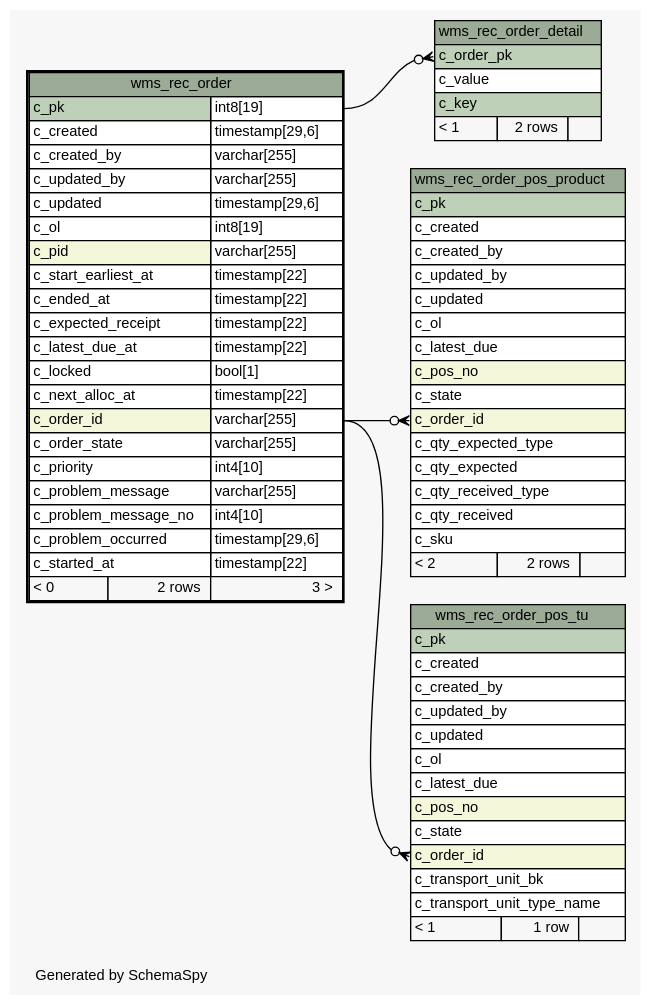
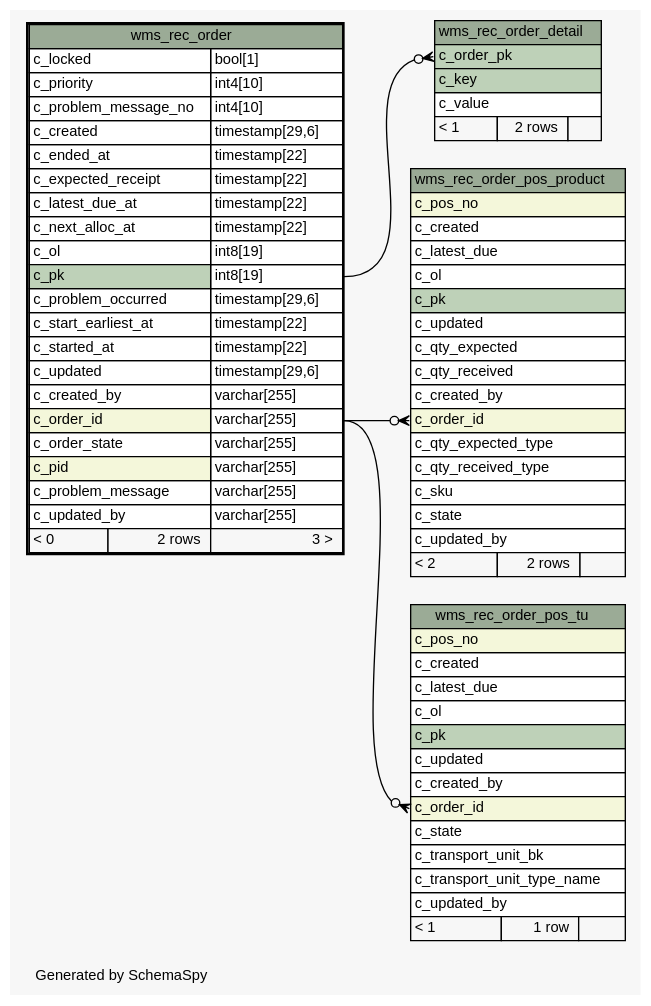
One commit to openwms/org.openwms.wms.receiving.lib changed the diagram in 1.0.0-SNAPSHOT/schemaspy/diagrams/wms_rec_order.1degree.dot. Above: the diagram before and after it, drawn with Graphviz. The commit also changed 508 other files, not shown here.

```diff
--- a/1.0.0-SNAPSHOT/schemaspy/diagrams/wms_rec_order.1degree.dot
+++ b/1.0.0-SNAPSHOT/schemaspy/diagrams/wms_rec_order.1degree.dot
@@ -1,111 +1,111 @@
-// dot 2.43.0 on Linux 6.2.0-1016-azure
+// dot 2.43.0 on Linux 6.5.0-1022-azure
 // SchemaSpy rev Unknown
 digraph "oneDegreeRelationshipsDiagram" {
   graph [
     rankdir="RL"
     bgcolor="#f7f7f7"
     label="\nGenerated by SchemaSpy"
     labeljust="l"
     nodesep="0.18"
     ranksep="0.46"
     fontname="Helvetica"
     fontsize="11"
   ];
   node [
     fontname="Helvetica"
     fontsize="11"
     shape="plaintext"
   ];
   edge [
     arrowsize="0.8"
   ];
   "wms_rec_order_detail":"c_order_pk":w -> "wms_rec_order":"c_pk.type":e [arrowhead=none dir=back arrowtail=crowodot];
   "wms_rec_order_pos_product":"c_order_id":w -> "wms_rec_order":"c_order_id.type":e [arrowhead=none dir=back arrowtail=crowodot];
   "wms_rec_order_pos_tu":"c_order_id":w -> "wms_rec_order":"c_order_id.type":e [arrowhead=none dir=back arrowtail=crowodot];
   "wms_rec_order" [
     label=<
     <TABLE BORDER="2" CELLBORDER="1" CELLSPACING="0" BGCOLOR="#ffffff">
       <TR><TD COLSPAN="3" BGCOLOR="#9bab96" ALIGN="CENTER">wms_rec_order</TD></TR>
-      <TR><TD PORT="c_pk" COLSPAN="2" BGCOLOR="#bed1b8" ALIGN="LEFT">c_pk</TD><TD PORT="c_pk.type" ALIGN="LEFT">int8[19]</TD></TR>
+      <TR><TD PORT="c_locked" COLSPAN="2" ALIGN="LEFT">c_locked</TD><TD PORT="c_locked.type" ALIGN="LEFT">bool[1]</TD></TR>
+      <TR><TD PORT="c_priority" COLSPAN="2" ALIGN="LEFT">c_priority</TD><TD PORT="c_priority.type" ALIGN="LEFT">int4[10]</TD></TR>
+      <TR><TD PORT="c_problem_message_no" COLSPAN="2" ALIGN="LEFT">c_problem_message_no</TD><TD PORT="c_problem_message_no.type" ALIGN="LEFT">int4[10]</TD></TR>
       <TR><TD PORT="c_created" COLSPAN="2" ALIGN="LEFT">c_created</TD><TD PORT="c_created.type" ALIGN="LEFT">timestamp[29,6]</TD></TR>
-      <TR><TD PORT="c_created_by" COLSPAN="2" ALIGN="LEFT">c_created_by</TD><TD PORT="c_created_by.type" ALIGN="LEFT">varchar[255]</TD></TR>
-      <TR><TD PORT="c_updated_by" COLSPAN="2" ALIGN="LEFT">c_updated_by</TD><TD PORT="c_updated_by.type" ALIGN="LEFT">varchar[255]</TD></TR>
-      <TR><TD PORT="c_updated" COLSPAN="2" ALIGN="LEFT">c_updated</TD><TD PORT="c_updated.type" ALIGN="LEFT">timestamp[29,6]</TD></TR>
-      <TR><TD PORT="c_ol" COLSPAN="2" ALIGN="LEFT">c_ol</TD><TD PORT="c_ol.type" ALIGN="LEFT">int8[19]</TD></TR>
-      <TR><TD PORT="c_pid" COLSPAN="2" BGCOLOR="#f4f7da" ALIGN="LEFT">c_pid</TD><TD PORT="c_pid.type" ALIGN="LEFT">varchar[255]</TD></TR>
-      <TR><TD PORT="c_start_earliest_at" COLSPAN="2" ALIGN="LEFT">c_start_earliest_at</TD><TD PORT="c_start_earliest_at.type" ALIGN="LEFT">timestamp[22]</TD></TR>
       <TR><TD PORT="c_ended_at" COLSPAN="2" ALIGN="LEFT">c_ended_at</TD><TD PORT="c_ended_at.type" ALIGN="LEFT">timestamp[22]</TD></TR>
       <TR><TD PORT="c_expected_receipt" COLSPAN="2" ALIGN="LEFT">c_expected_receipt</TD><TD PORT="c_expected_receipt.type" ALIGN="LEFT">timestamp[22]</TD></TR>
       <TR><TD PORT="c_latest_due_at" COLSPAN="2" ALIGN="LEFT">c_latest_due_at</TD><TD PORT="c_latest_due_at.type" ALIGN="LEFT">timestamp[22]</TD></TR>
-      <TR><TD PORT="c_locked" COLSPAN="2" ALIGN="LEFT">c_locked</TD><TD PORT="c_locked.type" ALIGN="LEFT">bool[1]</TD></TR>
       <TR><TD PORT="c_next_alloc_at" COLSPAN="2" ALIGN="LEFT">c_next_alloc_at</TD><TD PORT="c_next_alloc_at.type" ALIGN="LEFT">timestamp[22]</TD></TR>
+      <TR><TD PORT="c_ol" COLSPAN="2" ALIGN="LEFT">c_ol</TD><TD PORT="c_ol.type" ALIGN="LEFT">int8[19]</TD></TR>
+      <TR><TD PORT="c_pk" COLSPAN="2" BGCOLOR="#bed1b8" ALIGN="LEFT">c_pk</TD><TD PORT="c_pk.type" ALIGN="LEFT">int8[19]</TD></TR>
+      <TR><TD PORT="c_problem_occurred" COLSPAN="2" ALIGN="LEFT">c_problem_occurred</TD><TD PORT="c_problem_occurred.type" ALIGN="LEFT">timestamp[29,6]</TD></TR>
+      <TR><TD PORT="c_start_earliest_at" COLSPAN="2" ALIGN="LEFT">c_start_earliest_at</TD><TD PORT="c_start_earliest_at.type" ALIGN="LEFT">timestamp[22]</TD></TR>
+      <TR><TD PORT="c_started_at" COLSPAN="2" ALIGN="LEFT">c_started_at</TD><TD PORT="c_started_at.type" ALIGN="LEFT">timestamp[22]</TD></TR>
+      <TR><TD PORT="c_updated" COLSPAN="2" ALIGN="LEFT">c_updated</TD><TD PORT="c_updated.type" ALIGN="LEFT">timestamp[29,6]</TD></TR>
+      <TR><TD PORT="c_created_by" COLSPAN="2" ALIGN="LEFT">c_created_by</TD><TD PORT="c_created_by.type" ALIGN="LEFT">varchar[255]</TD></TR>
       <TR><TD PORT="c_order_id" COLSPAN="2" BGCOLOR="#f4f7da" ALIGN="LEFT">c_order_id</TD><TD PORT="c_order_id.type" ALIGN="LEFT">varchar[255]</TD></TR>
       <TR><TD PORT="c_order_state" COLSPAN="2" ALIGN="LEFT">c_order_state</TD><TD PORT="c_order_state.type" ALIGN="LEFT">varchar[255]</TD></TR>
-      <TR><TD PORT="c_priority" COLSPAN="2" ALIGN="LEFT">c_priority</TD><TD PORT="c_priority.type" ALIGN="LEFT">int4[10]</TD></TR>
+      <TR><TD PORT="c_pid" COLSPAN="2" BGCOLOR="#f4f7da" ALIGN="LEFT">c_pid</TD><TD PORT="c_pid.type" ALIGN="LEFT">varchar[255]</TD></TR>
       <TR><TD PORT="c_problem_message" COLSPAN="2" ALIGN="LEFT">c_problem_message</TD><TD PORT="c_problem_message.type" ALIGN="LEFT">varchar[255]</TD></TR>
-      <TR><TD PORT="c_problem_message_no" COLSPAN="2" ALIGN="LEFT">c_problem_message_no</TD><TD PORT="c_problem_message_no.type" ALIGN="LEFT">int4[10]</TD></TR>
-      <TR><TD PORT="c_problem_occurred" COLSPAN="2" ALIGN="LEFT">c_problem_occurred</TD><TD PORT="c_problem_occurred.type" ALIGN="LEFT">timestamp[29,6]</TD></TR>
-      <TR><TD PORT="c_started_at" COLSPAN="2" ALIGN="LEFT">c_started_at</TD><TD PORT="c_started_at.type" ALIGN="LEFT">timestamp[22]</TD></TR>
+      <TR><TD PORT="c_updated_by" COLSPAN="2" ALIGN="LEFT">c_updated_by</TD><TD PORT="c_updated_by.type" ALIGN="LEFT">varchar[255]</TD></TR>
       <TR><TD ALIGN="LEFT" BGCOLOR="#f7f7f7">&lt; 0</TD><TD ALIGN="RIGHT" BGCOLOR="#f7f7f7">2 rows</TD><TD ALIGN="RIGHT" BGCOLOR="#f7f7f7">3 &gt;</TD></TR>
     </TABLE>>
     URL="wms_rec_order.html"
     tooltip="wms_rec_order"
   ];
   "wms_rec_order_detail" [
     label=<
     <TABLE BORDER="0" CELLBORDER="1" CELLSPACING="0" BGCOLOR="#ffffff">
       <TR><TD COLSPAN="3" BGCOLOR="#9bab96" ALIGN="CENTER">wms_rec_order_detail</TD></TR>
       <TR><TD PORT="c_order_pk" COLSPAN="3" BGCOLOR="#bed1b8" ALIGN="LEFT">c_order_pk</TD></TR>
+      <TR><TD PORT="c_key" COLSPAN="3" BGCOLOR="#bed1b8" ALIGN="LEFT">c_key</TD></TR>
       <TR><TD PORT="c_value" COLSPAN="3" ALIGN="LEFT">c_value</TD></TR>
-      <TR><TD PORT="c_key" COLSPAN="3" BGCOLOR="#bed1b8" ALIGN="LEFT">c_key</TD></TR>
       <TR><TD ALIGN="LEFT" BGCOLOR="#f7f7f7">&lt; 1</TD><TD ALIGN="RIGHT" BGCOLOR="#f7f7f7">2 rows</TD><TD ALIGN="RIGHT" BGCOLOR="#f7f7f7">  </TD></TR>
     </TABLE>>
     URL="wms_rec_order_detail.html"
     tooltip="wms_rec_order_detail"
   ];
   "wms_rec_order_pos_product" [
     label=<
     <TABLE BORDER="0" CELLBORDER="1" CELLSPACING="0" BGCOLOR="#ffffff">
       <TR><TD COLSPAN="3" BGCOLOR="#9bab96" ALIGN="CENTER">wms_rec_order_pos_product</TD></TR>
+      <TR><TD PORT="c_pos_no" COLSPAN="3" BGCOLOR="#f4f7da" ALIGN="LEFT">c_pos_no</TD></TR>
+      <TR><TD PORT="c_created" COLSPAN="3" ALIGN="LEFT">c_created</TD></TR>
+      <TR><TD PORT="c_latest_due" COLSPAN="3" ALIGN="LEFT">c_latest_due</TD></TR>
+      <TR><TD PORT="c_ol" COLSPAN="3" ALIGN="LEFT">c_ol</TD></TR>
       <TR><TD PORT="c_pk" COLSPAN="3" BGCOLOR="#bed1b8" ALIGN="LEFT">c_pk</TD></TR>
-      <TR><TD PORT="c_created" COLSPAN="3" ALIGN="LEFT">c_created</TD></TR>
+      <TR><TD PORT="c_updated" COLSPAN="3" ALIGN="LEFT">c_updated</TD></TR>
+      <TR><TD PORT="c_qty_expected" COLSPAN="3" ALIGN="LEFT">c_qty_expected</TD></TR>
+      <TR><TD PORT="c_qty_received" COLSPAN="3" ALIGN="LEFT">c_qty_received</TD></TR>
       <TR><TD PORT="c_created_by" COLSPAN="3" ALIGN="LEFT">c_created_by</TD></TR>
-      <TR><TD PORT="c_updated_by" COLSPAN="3" ALIGN="LEFT">c_updated_by</TD></TR>
-      <TR><TD PORT="c_updated" COLSPAN="3" ALIGN="LEFT">c_updated</TD></TR>
-      <TR><TD PORT="c_ol" COLSPAN="3" ALIGN="LEFT">c_ol</TD></TR>
-      <TR><TD PORT="c_latest_due" COLSPAN="3" ALIGN="LEFT">c_latest_due</TD></TR>
-      <TR><TD PORT="c_pos_no" COLSPAN="3" BGCOLOR="#f4f7da" ALIGN="LEFT">c_pos_no</TD></TR>
-      <TR><TD PORT="c_state" COLSPAN="3" ALIGN="LEFT">c_state</TD></TR>
       <TR><TD PORT="c_order_id" COLSPAN="3" BGCOLOR="#f4f7da" ALIGN="LEFT">c_order_id</TD></TR>
       <TR><TD PORT="c_qty_expected_type" COLSPAN="3" ALIGN="LEFT">c_qty_expected_type</TD></TR>
-      <TR><TD PORT="c_qty_expected" COLSPAN="3" ALIGN="LEFT">c_qty_expected</TD></TR>
       <TR><TD PORT="c_qty_received_type" COLSPAN="3" ALIGN="LEFT">c_qty_received_type</TD></TR>
-      <TR><TD PORT="c_qty_received" COLSPAN="3" ALIGN="LEFT">c_qty_received</TD></TR>
       <TR><TD PORT="c_sku" COLSPAN="3" ALIGN="LEFT">c_sku</TD></TR>
+      <TR><TD PORT="c_state" COLSPAN="3" ALIGN="LEFT">c_state</TD></TR>
+      <TR><TD PORT="c_updated_by" COLSPAN="3" ALIGN="LEFT">c_updated_by</TD></TR>
       <TR><TD ALIGN="LEFT" BGCOLOR="#f7f7f7">&lt; 2</TD><TD ALIGN="RIGHT" BGCOLOR="#f7f7f7">2 rows</TD><TD ALIGN="RIGHT" BGCOLOR="#f7f7f7">  </TD></TR>
     </TABLE>>
     URL="wms_rec_order_pos_product.html"
     tooltip="wms_rec_order_pos_product"
   ];
   "wms_rec_order_pos_tu" [
     label=<
     <TABLE BORDER="0" CELLBORDER="1" CELLSPACING="0" BGCOLOR="#ffffff">
       <TR><TD COLSPAN="3" BGCOLOR="#9bab96" ALIGN="CENTER">wms_rec_order_pos_tu</TD></TR>
+      <TR><TD PORT="c_pos_no" COLSPAN="3" BGCOLOR="#f4f7da" ALIGN="LEFT">c_pos_no</TD></TR>
+      <TR><TD PORT="c_created" COLSPAN="3" ALIGN="LEFT">c_created</TD></TR>
+      <TR><TD PORT="c_latest_due" COLSPAN="3" ALIGN="LEFT">c_latest_due</TD></TR>
+      <TR><TD PORT="c_ol" COLSPAN="3" ALIGN="LEFT">c_ol</TD></TR>
       <TR><TD PORT="c_pk" COLSPAN="3" BGCOLOR="#bed1b8" ALIGN="LEFT">c_pk</TD></TR>
-      <TR><TD PORT="c_created" COLSPAN="3" ALIGN="LEFT">c_created</TD></TR>
+      <TR><TD PORT="c_updated" COLSPAN="3" ALIGN="LEFT">c_updated</TD></TR>
       <TR><TD PORT="c_created_by" COLSPAN="3" ALIGN="LEFT">c_created_by</TD></TR>
-      <TR><TD PORT="c_updated_by" COLSPAN="3" ALIGN="LEFT">c_updated_by</TD></TR>
-      <TR><TD PORT="c_updated" COLSPAN="3" ALIGN="LEFT">c_updated</TD></TR>
-      <TR><TD PORT="c_ol" COLSPAN="3" ALIGN="LEFT">c_ol</TD></TR>
-      <TR><TD PORT="c_latest_due" COLSPAN="3" ALIGN="LEFT">c_latest_due</TD></TR>
-      <TR><TD PORT="c_pos_no" COLSPAN="3" BGCOLOR="#f4f7da" ALIGN="LEFT">c_pos_no</TD></TR>
+      <TR><TD PORT="c_order_id" COLSPAN="3" BGCOLOR="#f4f7da" ALIGN="LEFT">c_order_id</TD></TR>
       <TR><TD PORT="c_state" COLSPAN="3" ALIGN="LEFT">c_state</TD></TR>
-      <TR><TD PORT="c_order_id" COLSPAN="3" BGCOLOR="#f4f7da" ALIGN="LEFT">c_order_id</TD></TR>
       <TR><TD PORT="c_transport_unit_bk" COLSPAN="3" ALIGN="LEFT">c_transport_unit_bk</TD></TR>
       <TR><TD PORT="c_transport_unit_type_name" COLSPAN="3" ALIGN="LEFT">c_transport_unit_type_name</TD></TR>
+      <TR><TD PORT="c_updated_by" COLSPAN="3" ALIGN="LEFT">c_updated_by</TD></TR>
       <TR><TD ALIGN="LEFT" BGCOLOR="#f7f7f7">&lt; 1</TD><TD ALIGN="RIGHT" BGCOLOR="#f7f7f7">1 row</TD><TD ALIGN="RIGHT" BGCOLOR="#f7f7f7">  </TD></TR>
     </TABLE>>
     URL="wms_rec_order_pos_tu.html"
     tooltip="wms_rec_order_pos_tu"
   ];
 }
```
